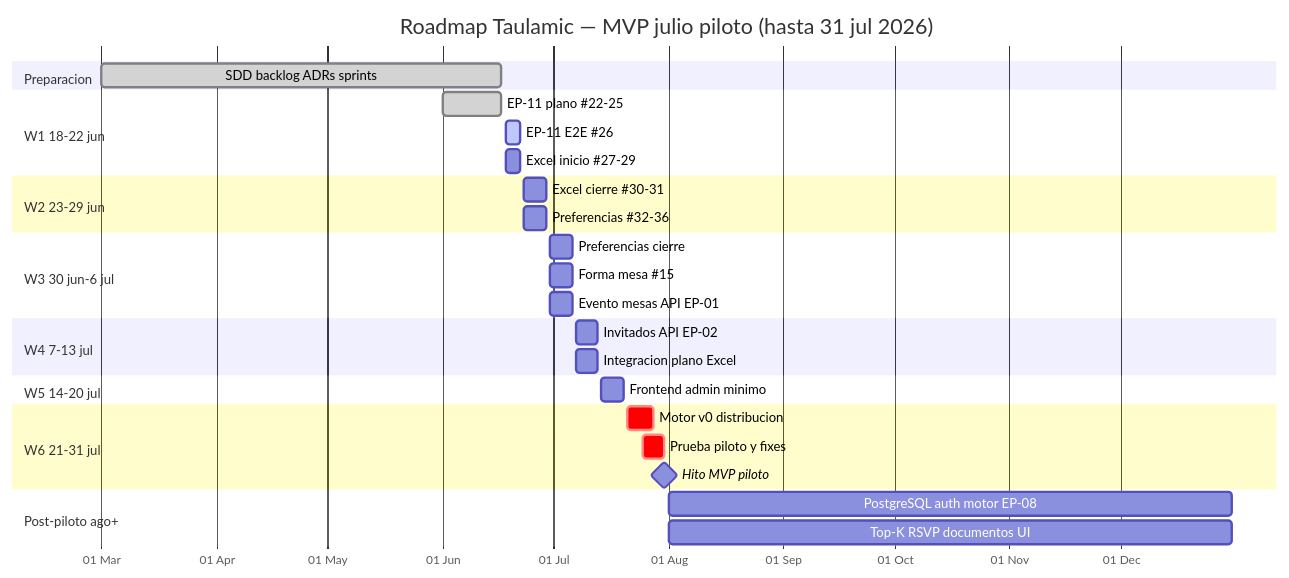
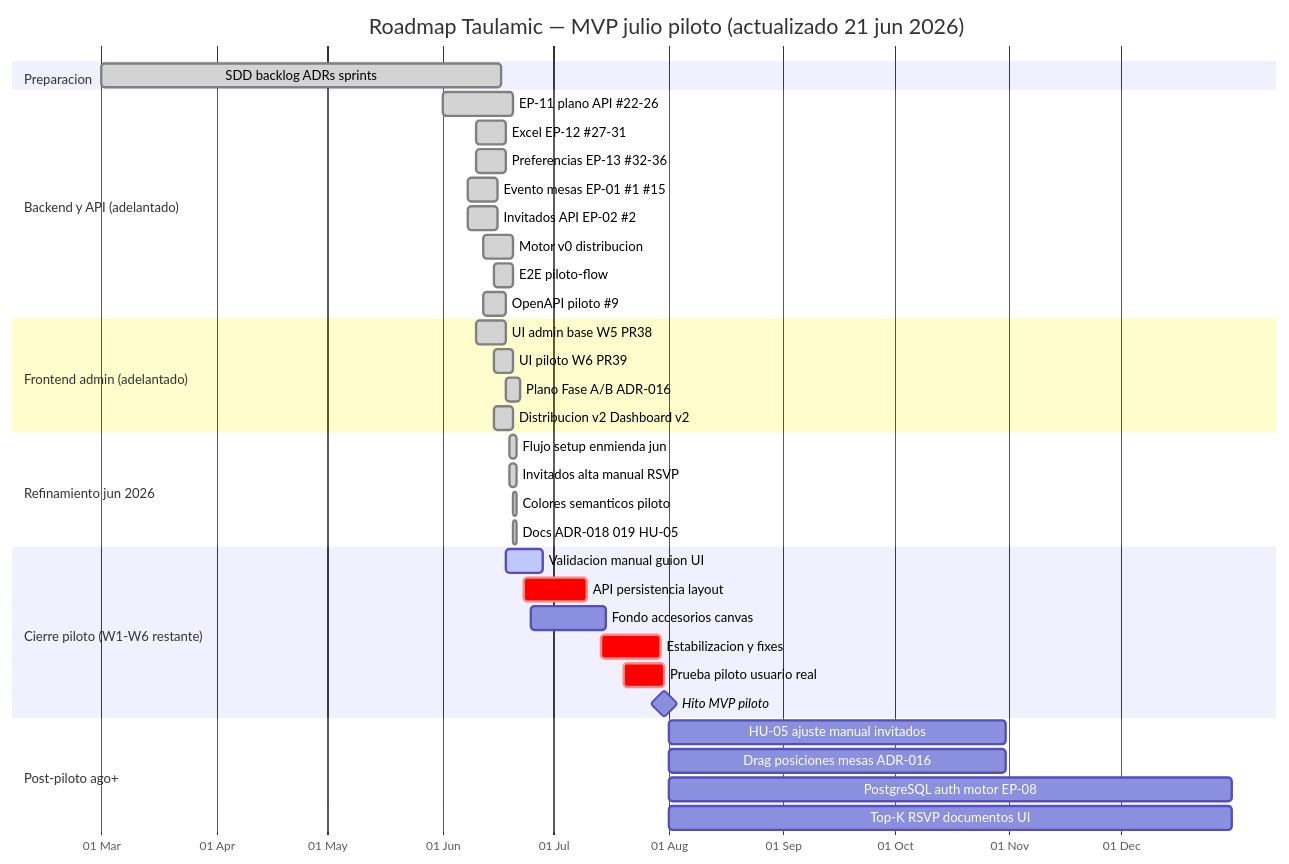
Before and after one commit to quintasc/taulamic: the first of 3 diagrams in docs/agile/roadmap-mvp-julio.md, drawn with Mermaid. The commit also changed other lines of this file, not shown here.

Commit message:
docs(agile): actualizar Gantt MVP julio al estado 21 jun 2026

````diff
--- a/docs/agile/roadmap-mvp-julio.md
+++ b/docs/agile/roadmap-mvp-julio.md
@@ -33,39 +35,45 @@
 ```mermaid
 gantt
-    title Roadmap Taulamic — MVP julio piloto (hasta 31 jul 2026)
+    title Roadmap Taulamic — MVP julio piloto (actualizado 21 jun 2026)
     dateFormat YYYY-MM-DD
     axisFormat %d %b
 
     section Preparacion
     SDD backlog ADRs sprints     :done, prep, 2026-03-01, 2026-06-17
 
-    section W1 18-22 jun
-    EP-11 plano #22-25           :done, w1a, 2026-06-01, 2026-06-17
-    EP-11 E2E #26                :active, w1b, 2026-06-18, 2026-06-22
-    Excel inicio #27-29          :w1c, 2026-06-18, 2026-06-22
+    section Backend y API (adelantado)
+    EP-11 plano API #22-26       :done, ep11, 2026-06-01, 2026-06-20
+    Excel EP-12 #27-31           :done, ep12, 2026-06-10, 2026-06-18
+    Preferencias EP-13 #32-36    :done, ep13, 2026-06-10, 2026-06-18
+    Evento mesas EP-01 #1 #15    :done, ep01, 2026-06-08, 2026-06-16
+    Invitados API EP-02 #2       :done, ep02, 2026-06-08, 2026-06-16
+    Motor v0 distribucion        :done, motor, 2026-06-12, 2026-06-20
+    E2E piloto-flow              :done, e2e, 2026-06-15, 2026-06-20
+    OpenAPI piloto #9            :done, oapi, 2026-06-12, 2026-06-18
 
-    section W2 23-29 jun
-    Excel cierre #30-31          :w2a, 2026-06-23, 2026-06-29
-    Preferencias #32-36          :w2b, 2026-06-23, 2026-06-29
+    section Frontend admin (adelantado)
+    UI admin base W5 PR38        :done, w5, 2026-06-10, 2026-06-18
+    UI piloto W6 PR39            :done, w6, 2026-06-15, 2026-06-20
+    Plano Fase A/B ADR-016       :done, plano, 2026-06-18, 2026-06-22
+    Distribucion v2 Dashboard v2 :done, dist, 2026-06-15, 2026-06-20
 
-    section W3 30 jun-6 jul
-    Preferencias cierre          :w3a, 2026-06-30, 2026-07-06
-    Forma mesa #15               :w3b, 2026-06-30, 2026-07-06
-    Evento mesas API EP-01       :w3c, 2026-06-30, 2026-07-06
+    section Refinamiento jun 2026
+    Flujo setup enmienda jun     :done, setup, 2026-06-19, 2026-06-21
+    Invitados alta manual RSVP   :done, guests, 2026-06-19, 2026-06-21
+    Colores semanticos piloto    :done, sem, 2026-06-20, 2026-06-21
+    Docs ADR-018 019 HU-05       :done, docs, 2026-06-20, 2026-06-21
 
-    section W4 7-13 jul
-    Invitados API EP-02          :w4a, 2026-07-07, 2026-07-13
-    Integracion plano Excel      :w4b, 2026-07-07, 2026-07-13
-
-    section W5 14-20 jul
-    Frontend admin minimo        :w5a, 2026-07-14, 2026-07-20
-
-    section W6 21-31 jul
-    Motor v0 distribucion        :crit, w6a, 2026-07-21, 2026-07-28
-    Prueba piloto y fixes        :crit, w6b, 2026-07-25, 2026-07-31
+    section Cierre piloto (W1-W6 restante)
+    Validacion manual guion UI   :active, val, 2026-06-18, 2026-06-28
+    API persistencia layout      :crit, layout, 2026-06-23, 2026-07-10
+    Fondo accesorios canvas      :layout2, 2026-06-25, 2026-07-15
+    Estabilizacion y fixes       :crit, fix, 2026-07-14, 2026-07-30
+    Prueba piloto usuario real   :crit, test, 2026-07-20, 2026-07-31
     Hito MVP piloto              :milestone, mvp, 2026-07-31, 0d
 
     section Post-piloto ago+
-    PostgreSQL auth motor EP-08  :post, 2026-08-01, 2026-12-31
-    Top-K RSVP documentos UI     :post2, 2026-08-01, 2026-12-31
+    HU-05 ajuste manual invitados:post, 2026-08-01, 2026-10-31
+    Drag posiciones mesas ADR-016:post2, 2026-08-01, 2026-10-31
+    PostgreSQL auth motor EP-08  :post3, 2026-08-01, 2026-12-31
+    Top-K RSVP documentos UI     :post4, 2026-08-01, 2026-12-31
 ```
````
